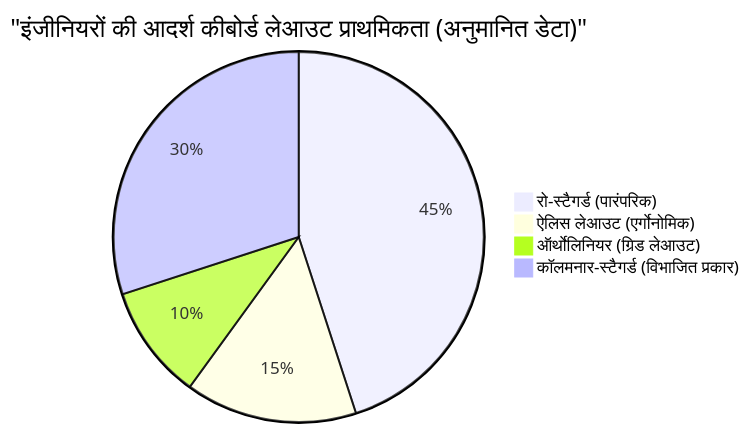
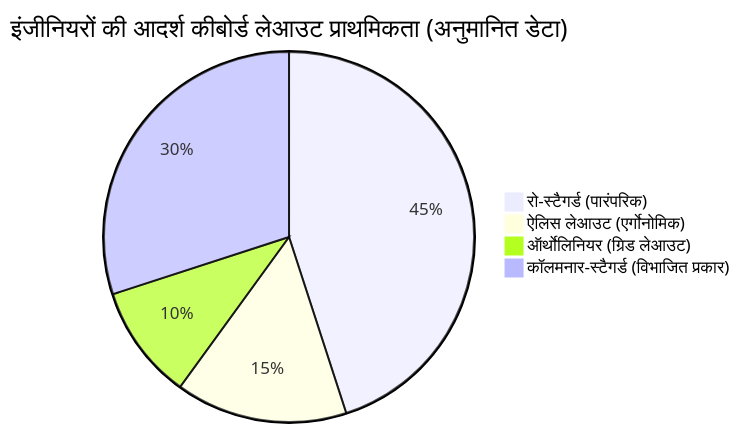
One commit to kenjinote/blog changed the third of 3 diagrams in content/post/mechanical_keyboards/index.hi.md. Above: the diagram before and after it, drawn with Mermaid. The commit also changed other lines of this file and 703 other files, not shown here.

Commit message:
Fix: Remove quotes from Mermaid link texts and timeline definitions to support Mermaid 11.4.1

````diff
--- a/content/post/mechanical_keyboards/index.hi.md
+++ b/content/post/mechanical_keyboards/index.hi.md
@@ -127,7 +127,7 @@
 ```mermaid
-pie title "इंजीनियरों की आदर्श कीबोर्ड लेआउट प्राथमिकता (अनुमानित डेटा)"
+pie title इंजीनियरों की आदर्श कीबोर्ड लेआउट प्राथमिकता (अनुमानित डेटा)
     "रो-स्टैगर्ड (पारंपरिक)" : 45
     "ऐलिस लेआउट (एर्गोनोमिक)" : 15
     "ऑर्थोलिनियर (ग्रिड लेआउट)" : 10
     "कॉलमनार-स्टैगर्ड (विभाजित प्रकार)" : 30
 ```
````
